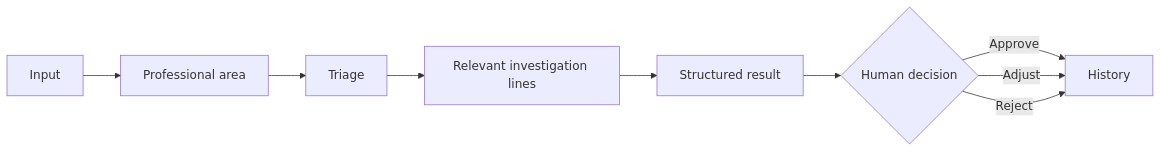
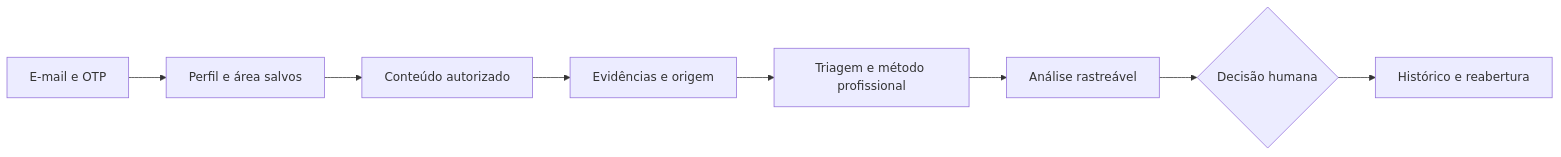
One commit to michelle-braz/RAVEN-public changed the diagram in TECHNICAL_OVERVIEW.md. Above: the diagram before and after it, drawn with Mermaid. The commit also changed other lines of this file and 1 other file, not shown here.

````diff
--- a/TECHNICAL_OVERVIEW.md
+++ b/TECHNICAL_OVERVIEW.md
@@ -14,11 +7,10 @@
 ```mermaid
 flowchart LR
-    A[Input] --> B[Professional area]
-    B --> C[Triage]
-    C --> D[Relevant investigation lines]
-    D --> E[Structured result]
-    E --> F{Human decision}
-    F -->|Approve| G[History]
-    F -->|Adjust| G
-    F -->|Reject| G
+    A[E-mail e OTP] --> B[Perfil e área salvos]
+    B --> C[Conteúdo autorizado]
+    C --> D[Evidências e origem]
+    D --> E[Triagem e método profissional]
+    E --> F[Análise rastreável]
+    F --> G{Decisão humana}
+    G --> H[Histórico e reabertura]
 ```
````
